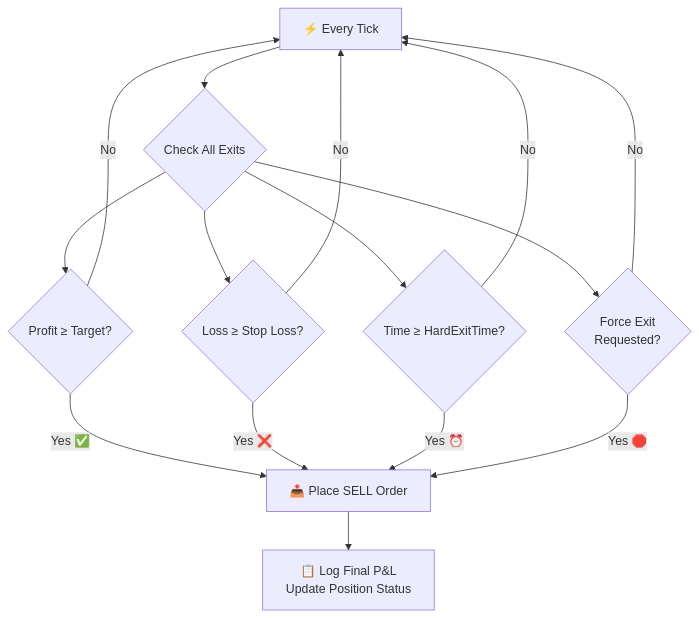
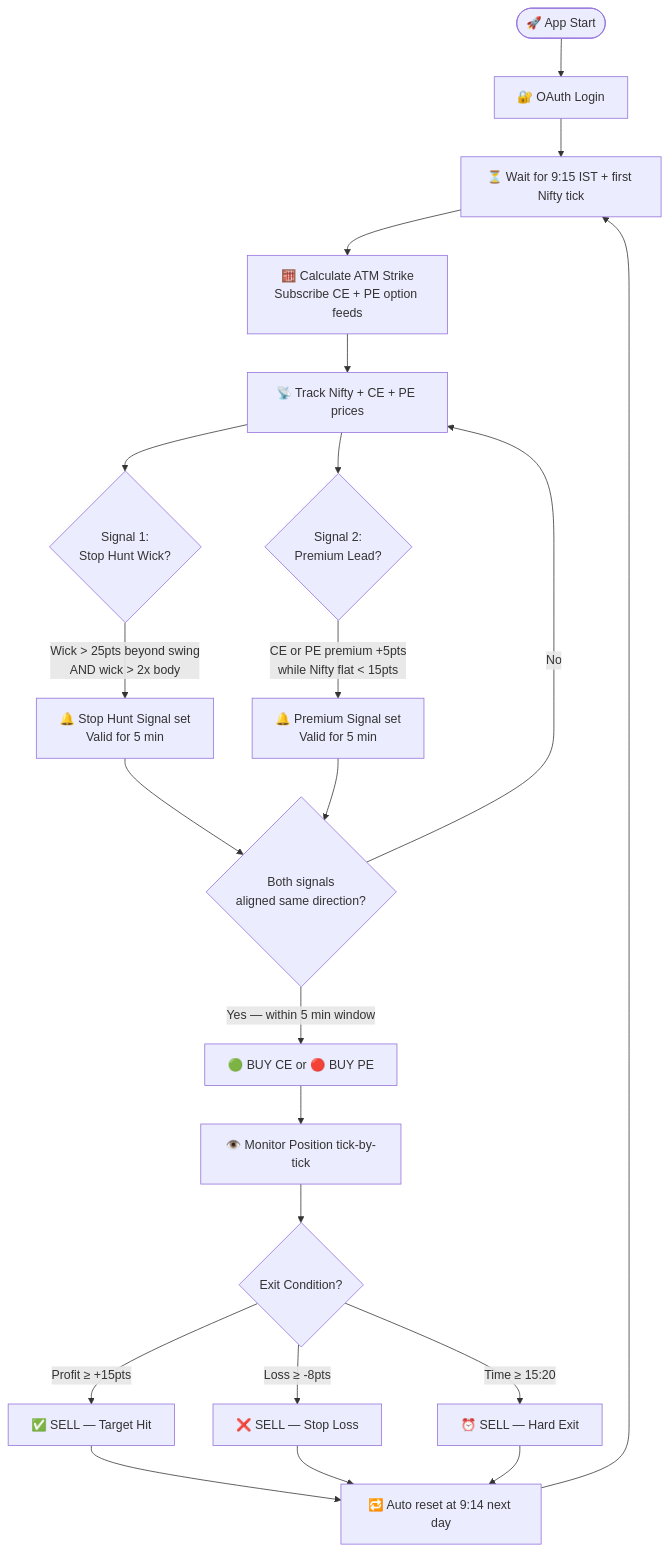
One commit to vamshikrishna4992/New-Auto_Algo changed the fourth of 4 diagrams in README.md. Above: the diagram before and after it, drawn with Mermaid. The commit also changed other lines of this file and 68 other files, not shown here.

````diff
--- a/README.md
+++ b/README.md
@@ -94,14 +242,22 @@
 ```mermaid
 flowchart TD
-    T[⚡ Every Tick] --> A{Check All Exits}
-    A --> B{Profit ≥ Target?}
-    A --> C{Loss ≥ Stop Loss?}
-    A --> D{Time ≥ HardExitTime?}
-    A --> E{Force Exit\nRequested?}
-    B -->|Yes ✅| X[📤 Place SELL Order]
-    C -->|Yes ❌| X
-    D -->|Yes ⏰| X
-    E -->|Yes 🛑| X
-    B & C & D & E -->|No| T
-    X --> Y[📋 Log Final P&L\nUpdate Position Status]
+    A([🚀 App Start]) --> B[🔐 OAuth Login]
+    B --> C[⏳ Wait for 9:15 IST + first Nifty tick]
+    C --> D[🧮 Calculate ATM Strike\nSubscribe CE + PE option feeds]
+    D --> E[📡 Track Nifty + CE + PE prices]
+    E --> F{Signal 1:\nStop Hunt Wick?}
+    E --> G{Signal 2:\nPremium Lead?}
+    F -->|Wick > 25pts beyond swing\nAND wick > 2x body| F1[🔔 Stop Hunt Signal set\nValid for 5 min]
+    G -->|CE or PE premium +5pts\nwhile Nifty flat < 15pts| G1[🔔 Premium Signal set\nValid for 5 min]
+    F1 --> H{Both signals\naligned same direction?}
+    G1 --> H
+    H -->|Yes — within 5 min window| I[🟢 BUY CE or 🔴 BUY PE]
+    H -->|No| E
+    I --> J[👁️ Monitor Position tick-by-tick]
+    J --> K{Exit Condition?}
+    K -->|Profit ≥ +15pts| L[✅ SELL — Target Hit]
+    K -->|Loss ≥ -8pts| M[❌ SELL — Stop Loss]
+    K -->|Time ≥ 15:20| N[⏰ SELL — Hard Exit]
+    L & M & N --> O[🔁 Auto reset at 9:14 next day]
+    O --> C
 ```
````
